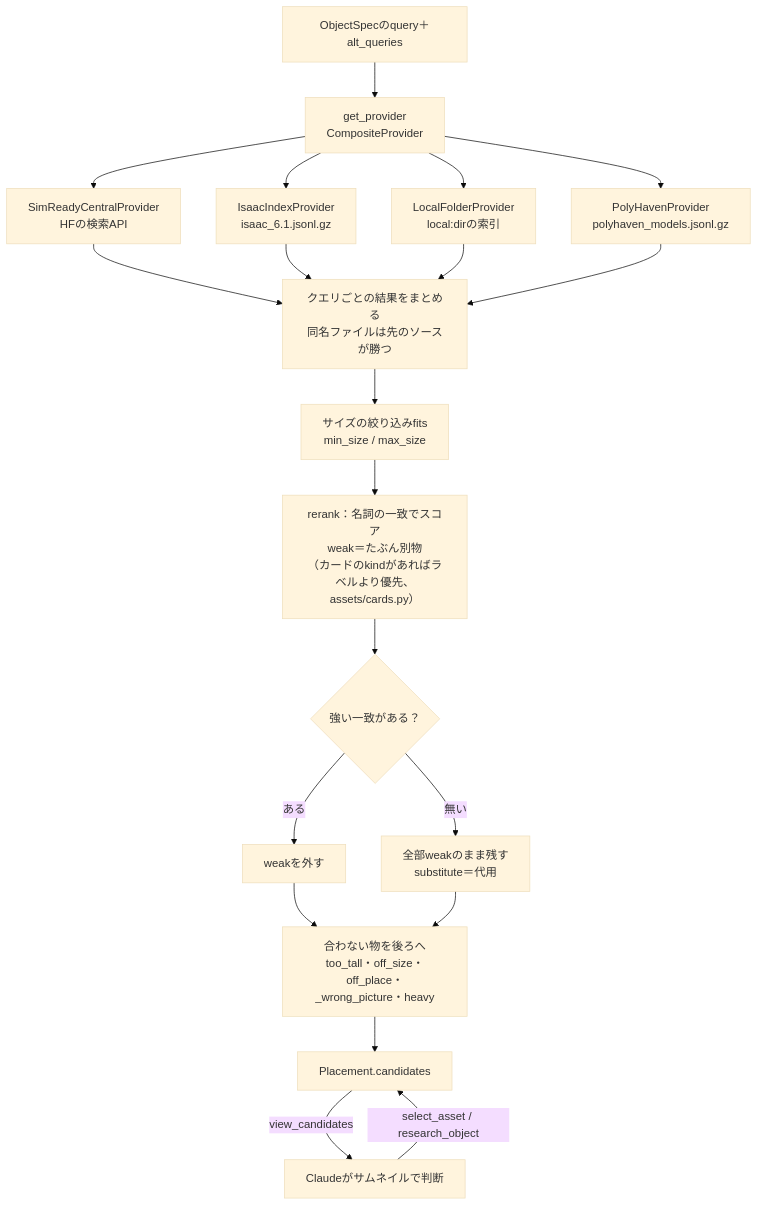
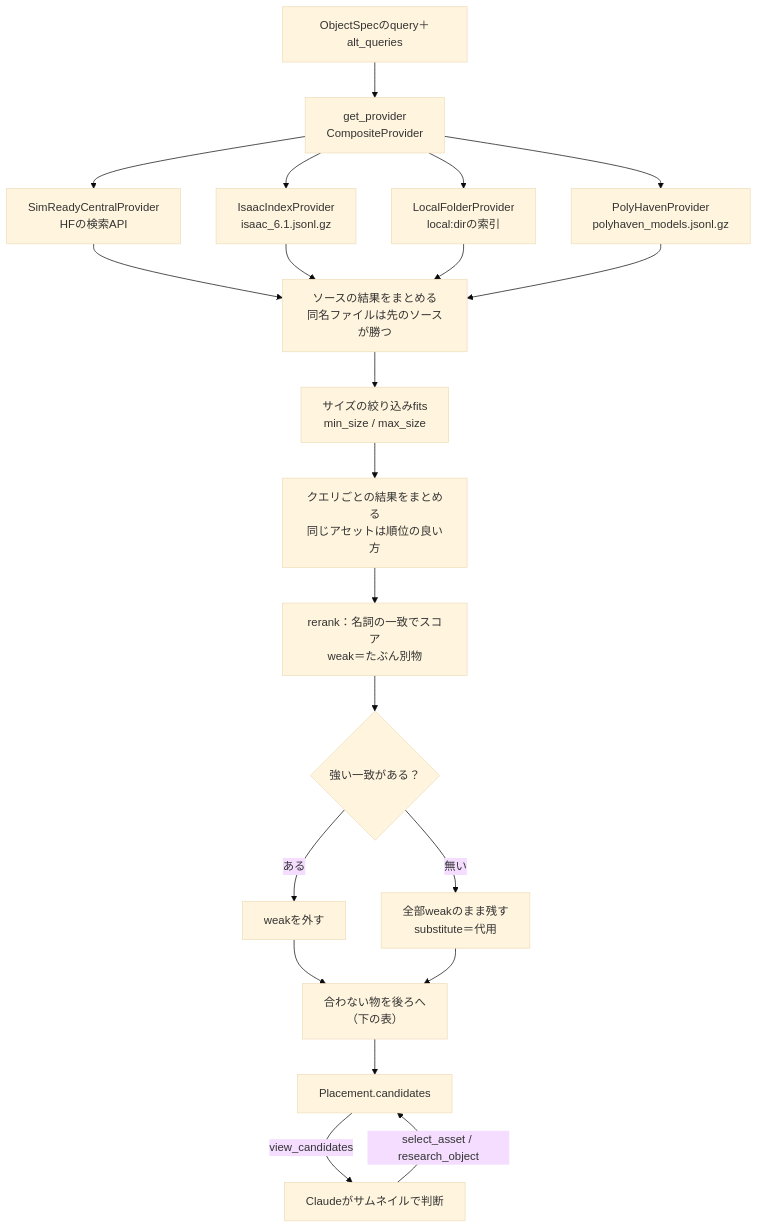
Before and after one commit to atinfinity/agentic-sim-world-gen: the fourth of 13 diagrams in docs/architecture.md, drawn with Mermaid (base theme). The commit also changed other lines of this file and 9 other files, not shown here.

First line of the commit message:
docs: clearer prose, fixed stale facts, more diagrams and tables

````diff
--- a/docs/architecture.md
+++ b/docs/architecture.md
@@ -194,22 +235,23 @@
 ```mermaid
 flowchart TD
     obj["ObjectSpecのquery＋alt_queries"] --> prov["get_provider<br/>CompositeProvider"]
     prov --> src1["SimReadyCentralProvider<br/>HFの検索API"]
     prov --> src2["IsaacIndexProvider<br/>isaac_6.1.jsonl.gz"]
     prov --> src3["LocalFolderProvider<br/>local:dirの索引"]
     prov --> src4["PolyHavenProvider<br/>polyhaven_models.jsonl.gz"]
-    src1 --> merge["クエリごとの結果をまとめる<br/>同名ファイルは先のソースが勝つ"]
+    src1 --> merge["ソースの結果をまとめる<br/>同名ファイルは先のソースが勝つ"]
     src2 --> merge
     src3 --> merge
     src4 --> merge
     merge --> size["サイズの絞り込みfits<br/>min_size / max_size"]
-    size --> rr["rerank：名詞の一致でスコア<br/>weak＝たぶん別物<br/>（カードのkindがあればラベルより優先、assets/cards.py）"]
+    size --> qmerge["クエリごとの結果をまとめる<br/>同じアセットは順位の良い方"]
+    qmerge --> rr["rerank：名詞の一致でスコア<br/>weak＝たぶん別物"]
     rr --> drop{"強い一致がある？"}
     drop -->|"ある"| keep["weakを外す"]
     drop -->|"無い"| sub["全部weakのまま残す<br/>substitute＝代用"]
-    keep --> order["合わない物を後ろへ<br/>too_tall・off_size・off_place・_wrong_picture・heavy"]
+    keep --> order["合わない物を後ろへ<br/>（下の表）"]
     sub --> order
     order --> cands["Placement.candidates"]
     cands -->|"view_candidates"| img["Claudeがサムネイルで判断"]
     img -->|"select_asset / research_object"| cands
 ```
````
